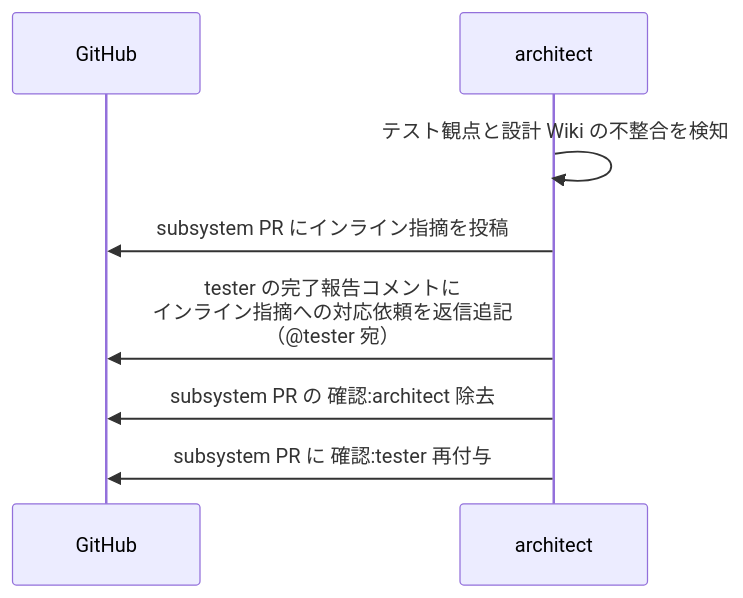
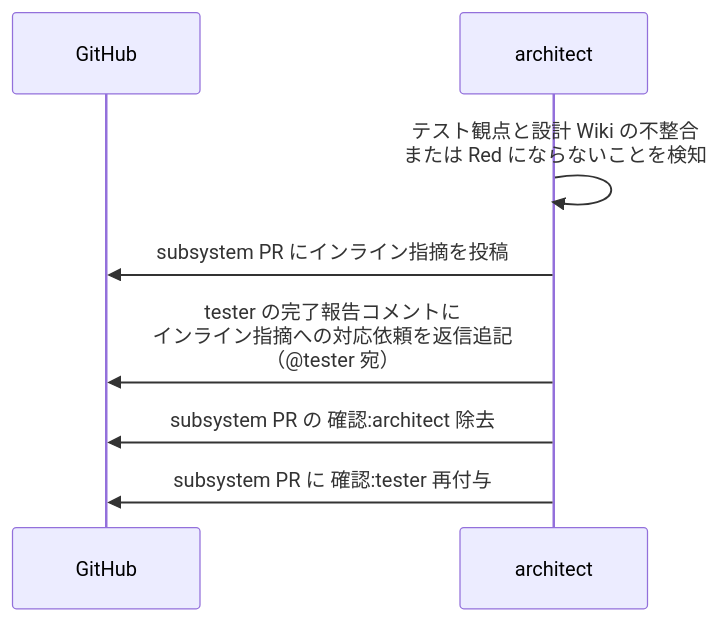
The second of 2 diagrams in docs/wiki/設計図/シナリオ/単一ユースケース/テストレビュー.md (shuhei1101/ai-monitor), drawn with Mermaid before and after one commit. The commit also changed other lines of this file and 304 other files, not shown here.

````diff
--- a/docs/wiki/設計図/シナリオ/単一ユースケース/テストレビュー.md
+++ b/docs/wiki/設計図/シナリオ/単一ユースケース/テストレビュー.md
@@ -67,11 +71,11 @@
 ```mermaid
 sequenceDiagram
   participant GH as GitHub
   participant MON as architect
 
-  MON->>MON: テスト観点と設計 Wiki の不整合を検知
+  MON->>MON: テスト観点と設計 Wiki の不整合<br>または Red にならないことを検知
   MON->>GH: subsystem PR にインライン指摘を投稿
   MON->>GH: tester の完了報告コメントに<br>インライン指摘への対応依頼を返信追記<br>（@tester 宛）
   MON->>GH: subsystem PR の 確認:architect 除去
   MON->>GH: subsystem PR に 確認:tester 再付与
 ```
````
